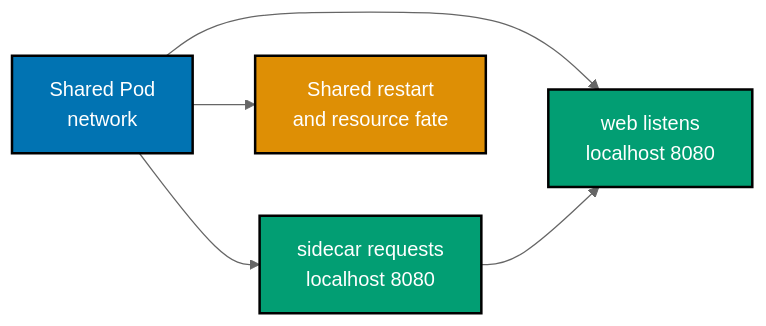
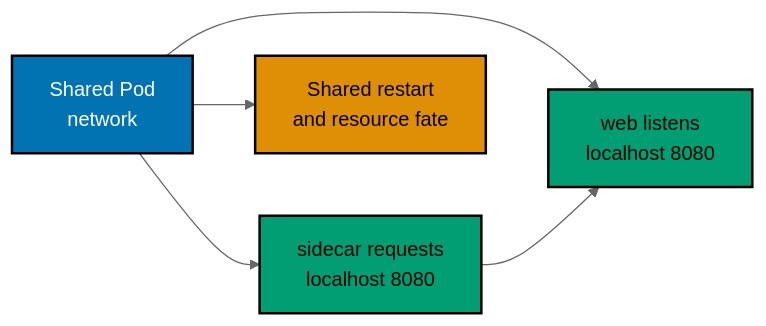
The seventh of 17 diagrams in apps/ayokoding-www/content/en/learn/courses/containers-and-orchestration/learning/intermediate.md (wahidyankf/ose-public), drawn with Mermaid (neutral theme) before and after one commit. The commit also changed other lines of this file and 144 other files, not shown here.

First line of the commit message:
fix(mermaid): bring the first half of the courses diagrams onto the accessible palette

````diff
--- a/apps/ayokoding-www/content/en/learn/courses/containers-and-orchestration/learning/intermediate.md
+++ b/apps/ayokoding-www/content/en/learn/courses/containers-and-orchestration/learning/intermediate.md
@@ -455,15 +473,18 @@
 ```mermaid
 %% Color Palette: Blue #0173B2, Orange #DE8F05, Teal #029E73; color-blind friendly WCAG AA palette
 graph LR
+    accTitle: Example 37: Multi-container Pod
+    accDescr: Graph with 4 nodes and 4 connections. Nodes: Shared Pod network, web listens localhost 8080, sidecar requests localhost 8080, Shared restart and resource fate. Connections: Shared Pod network to web listens localhost 8080, Shared Pod network to sidecar requests localhost 8080, sidecar requests localhost 8080 to web listens localhost 8080, Shared Pod network to Shared restart and resource fate.
     P["Shared Pod<br/>network"]:::blue
     W["web listens<br/>localhost 8080"]:::teal
     S["sidecar requests<br/>localhost 8080"]:::teal
     F["Shared restart<br/>and resource fate"]:::orange
     P --> W
     P --> S
     S --> W
     P --> F
     classDef blue fill:#0173B2,stroke:#000000,color:#FFFFFF,stroke-width:2px
-    classDef teal fill:#029E73,stroke:#000000,color:#FFFFFF,stroke-width:2px
-    classDef orange fill:#DE8F05,stroke:#000000,color:#FFFFFF,stroke-width:2px
+    classDef teal fill:#029E73,stroke:#000000,color:#000000,stroke-width:2px
+    classDef orange fill:#DE8F05,stroke:#000000,color:#000000,stroke-width:2px
+    classDef default fill:#FFFFFF,stroke:#000000,color:#000000
 ```
````
